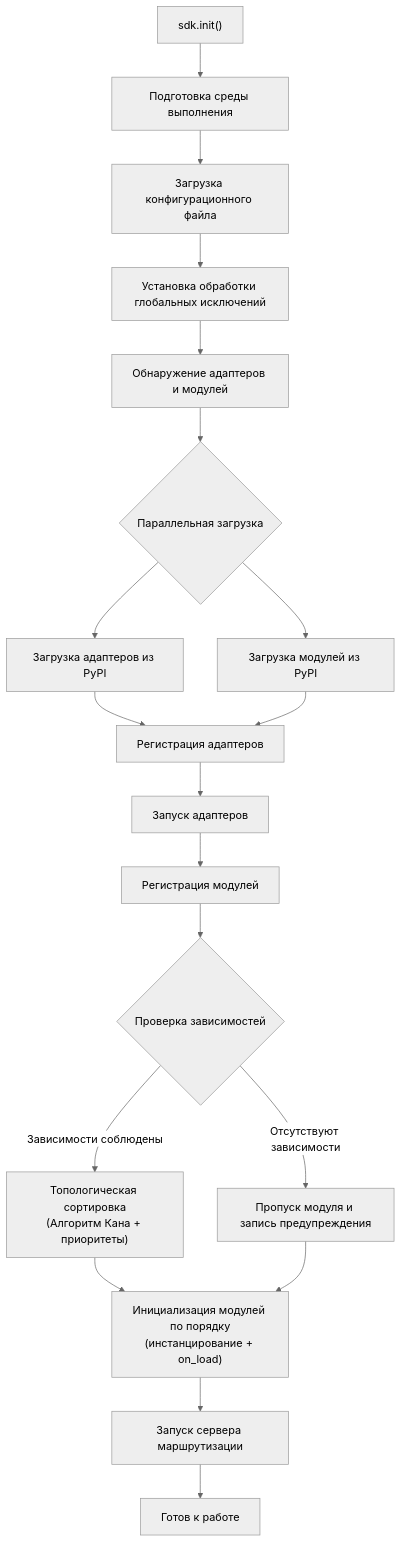
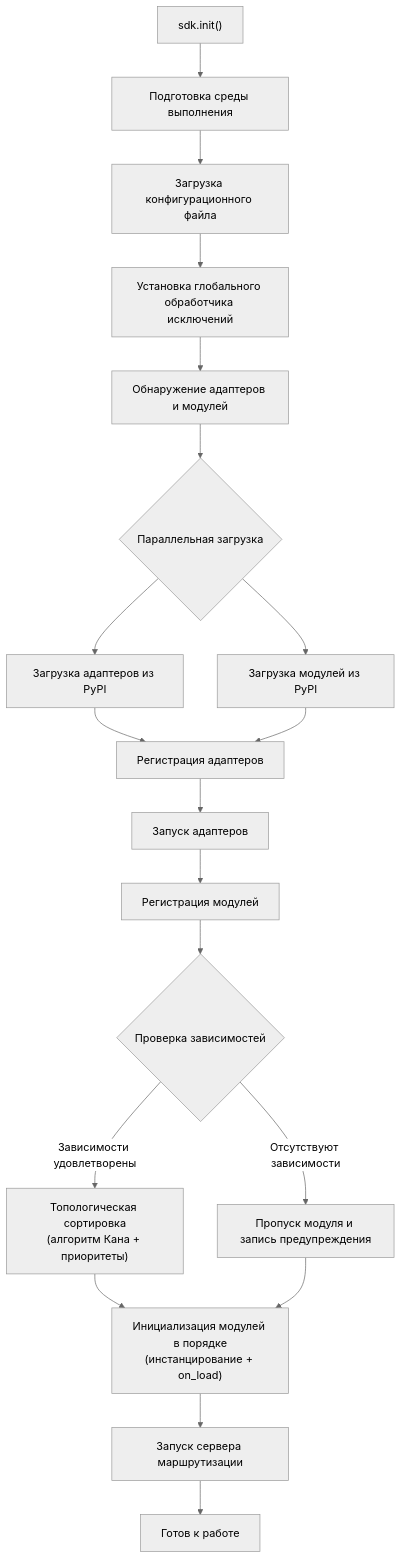
Before and after one commit to ErisPulse/ErisPulse: the second of 9 diagrams in docs/ru/architecture.md, drawn with Mermaid (neutral theme). The commit also changed other lines of this file and 622 other files, not shown here.

````diff
--- a/docs/ru/architecture.md
+++ b/docs/ru/architecture.md
@@ -59,20 +58,20 @@
 ```mermaid
 flowchart TD
     A["sdk.init()"] --> B["Подготовка среды выполнения"]
     B --> B1["Загрузка конфигурационного файла"]
-    B1 --> B2["Установка обработки глобальных исключений"]
+    B1 --> B2["Установка глобального обработчика исключений"]
     B2 --> C["Обнаружение адаптеров и модулей"]
     C --> D{"Параллельная загрузка"}
     D --> D1["Загрузка адаптеров из PyPI"]
     D --> D2["Загрузка модулей из PyPI"]
     D1 & D2 --> E["Регистрация адаптеров"]
     E --> E1["Запуск адаптеров"]
     E1 --> F["Регистрация модулей"]
     F --> F1{"Проверка зависимостей"}
     F1 -->|"Отсутствуют зависимости"| F2["Пропуск модуля и запись предупреждения"]
-    F1 -->|"Зависимости соблюдены"| F3["Топологическая сортировка<br/>(Алгоритм Кана + приоритеты)"]
-    F3 --> G["Инициализация модулей по порядку<br/>(инстанцирование + on_load)"]
+    F1 -->|"Зависимости удовлетворены"| F3["Топологическая сортировка<br/>(алгоритм Кана + приоритеты)"]
+    F3 --> G["Инициализация модулей в порядке<br/>(инстанцирование + on_load)"]
     F2 --> G
     G --> H["Запуск сервера маршрутизации"]
     H --> K["Готов к работе"]
 ```
````
